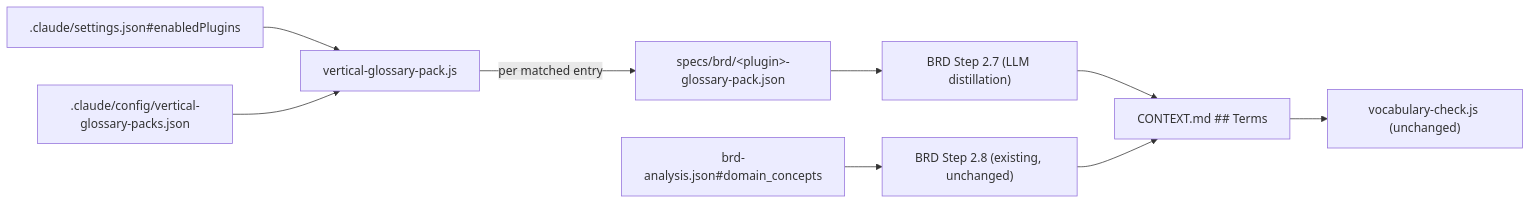
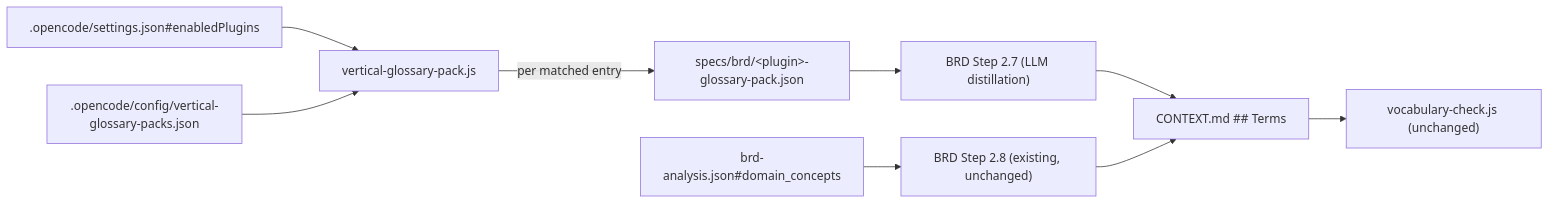
Before and after one commit to rasavita/opencode_harness_design: the diagram in docs/architecture/vertical-glossary-seeding-generalization.md, drawn with Mermaid. The commit also changed other lines of this file and 1343 other files, not shown here.

````diff
--- a/docs/architecture/vertical-glossary-seeding-generalization.md
+++ b/docs/architecture/vertical-glossary-seeding-generalization.md
@@ -120,11 +120,11 @@
 ```mermaid
 flowchart LR
-  A[".claude/settings.json#enabledPlugins"] --> B["vertical-glossary-pack.js"]
-  C[".claude/config/vertical-glossary-packs.json"] --> B
+  A[".opencode/settings.json#enabledPlugins"] --> B["vertical-glossary-pack.js"]
+  C[".opencode/config/vertical-glossary-packs.json"] --> B
   B -->|"per matched entry"| D["specs/brd/&lt;plugin&gt;-glossary-pack.json"]
   D --> E["BRD Step 2.7 (LLM distillation)"]
   F["brd-analysis.json#domain_concepts"] --> G["BRD Step 2.8 (existing, unchanged)"]
   E --> H["CONTEXT.md ## Terms"]
   G --> H
   H --> I["vocabulary-check.js (unchanged)"]
 ```
````
